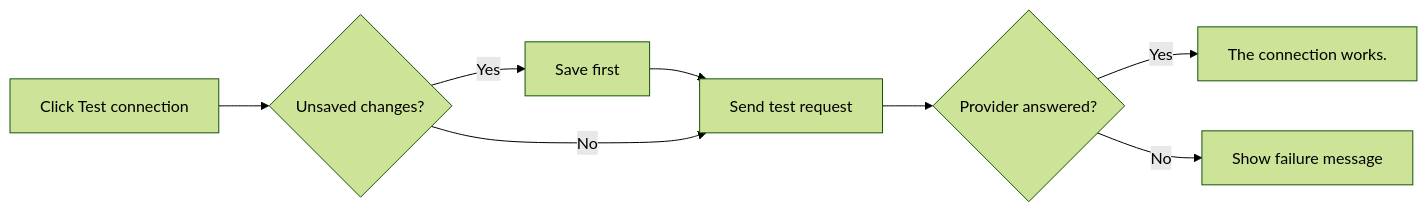
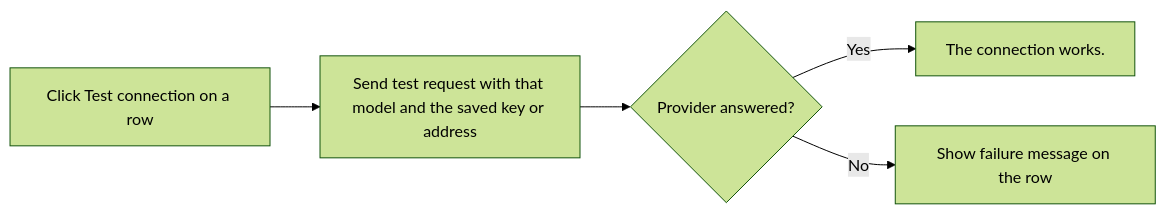
The third of 5 diagrams in TF - Documents/TFWorkflow/App WF in MD/08-Settings/08.4-TFA-Settings.md (jojogeorge3344/TaskFlow-Project), drawn with Mermaid (forest theme) before and after one commit. The commit also changed other lines of this file and 103 other files, not shown here.

````diff
--- a/TF - Documents/TFWorkflow/App WF in MD/08-Settings/08.4-TFA-Settings.md
+++ b/TF - Documents/TFWorkflow/App WF in MD/08-Settings/08.4-TFA-Settings.md
@@ -99,9 +156,7 @@
 ```mermaid
 flowchart LR
-  A["Click Test connection"] --> B{"Unsaved changes?"}
-  B -- Yes --> C["Save first"] --> D["Send test request"]
-  B -- No --> D
-  D --> E{"Provider answered?"}
+  A["Click Test connection on a row"] --> B["Send test request with that model and the saved key or address"]
+  B --> E{"Provider answered?"}
   E -- Yes --> F["The connection works."]
-  E -- No --> G["Show failure message"]
+  E -- No --> G["Show failure message on the row"]
 ```
````
